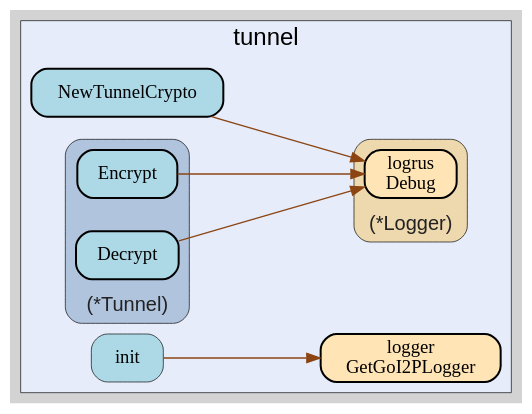
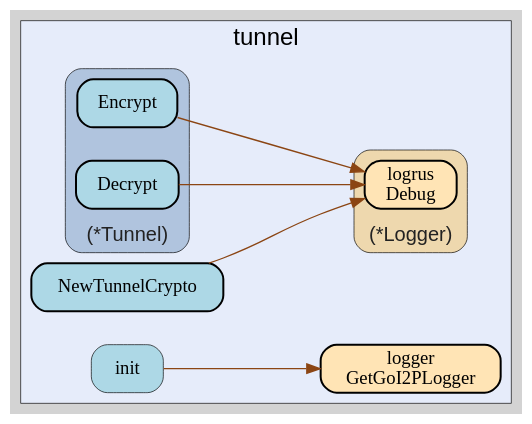
One commit to go-i2p/crypto changed the diagram in tunnel/tunnel.gv. Above: the diagram before and after it, drawn with Graphviz. The commit also changed 27 other files, not shown here.

```diff
--- a/tunnel/tunnel.gv
+++ b/tunnel/tunnel.gv
@@ -1,62 +1,62 @@
 digraph gocallvis {
     label="";
     labeljust="l";
     fontname="Arial";
     fontsize="14";
     rankdir="LR";
     bgcolor="lightgray";
     style="solid";
     penwidth="0.5";
     pad="0.0";
     nodesep="0.35";
 
     node [shape="box" style="filled,rounded" fillcolor="honeydew" fontname="Verdana" penwidth="1.0" margin="0.16,0.0"];
     edge [minlen="2"]
 
     subgraph "cluster_focus" {
-        bgcolor="#e6ecfa";
-label="tunnel";
+        label="tunnel";
 labelloc="t";
 labeljust="c";
 fontsize="18";
+bgcolor="#e6ecfa";
         
-        "github.com/go-i2p/crypto/tunnel.init" [ tooltip="github.com/go-i2p/crypto/tunnel.init | defined in .:0\nat constants.go:10: calling [github.com/go-i2p/logger.GetGoI2PLogger]" fillcolor="lightblue" label="init" penwidth="0.5" ]
-        "github.com/go-i2p/logger.GetGoI2PLogger" [ penwidth="1.5" tooltip="github.com/go-i2p/logger.GetGoI2PLogger | defined in log.go:120" fillcolor="moccasin" label="logger\nGetGoI2PLogger" ]
-        "github.com/go-i2p/crypto/tunnel.NewTunnelCrypto" [ fillcolor="lightblue" label="NewTunnelCrypto" penwidth="1.5" tooltip="github.com/go-i2p/crypto/tunnel.NewTunnelCrypto | defined in tunnel_struct.go:33\nat tunnel_struct.go:34: calling [(*github.com/sirupsen/logrus.Logger).Debug]\nat tunnel_struct.go:51: calling [(*github.com/sirupsen/logrus.Logger).Debug]" ]
+        "github.com/go-i2p/crypto/tunnel.NewTunnelCrypto" [ tooltip="github.com/go-i2p/crypto/tunnel.NewTunnelCrypto | defined in tunnel_struct.go:33\nat tunnel_struct.go:34: calling [(*github.com/sirupsen/logrus.Logger).Debug]\nat tunnel_struct.go:51: calling [(*github.com/sirupsen/logrus.Logger).Debug]" fillcolor="lightblue" label="NewTunnelCrypto" penwidth="1.5" ]
+        "github.com/go-i2p/crypto/tunnel.init" [ penwidth="0.5" tooltip="github.com/go-i2p/crypto/tunnel.init | defined in .:0\nat constants.go:10: calling [github.com/go-i2p/logger.GetGoI2PLogger]" fillcolor="lightblue" label="init" ]
+        "github.com/go-i2p/logger.GetGoI2PLogger" [ tooltip="github.com/go-i2p/logger.GetGoI2PLogger | defined in log.go:120" fillcolor="moccasin" label="logger\nGetGoI2PLogger" penwidth="1.5" ]
         
         subgraph "cluster_*github.com/go-i2p/crypto/tunnel.Tunnel" {
         penwidth="0.5";
+fillcolor="lightsteelblue";
 fontsize="15";
+fontcolor="#222222";
 labelloc="b";
 style="rounded,filled";
 label="(*Tunnel)";
 tooltip="type: *github.com/go-i2p/crypto/tunnel.Tunnel";
-fontcolor="#222222";
-fillcolor="lightsteelblue";
         
-        "(*github.com/go-i2p/crypto/tunnel.Tunnel).Decrypt" [ label="Decrypt" penwidth="1.5" tooltip="(*github.com/go-i2p/crypto/tunnel.Tunnel).Decrypt | defined in tunnel_struct.go:86\nat tunnel_struct.go:87: calling [(*github.com/sirupsen/logrus.Logger).Debug]\nat tunnel_struct.go:99: calling [(*github.com/sirupsen/logrus.Logger).Debug]" fillcolor="lightblue" ]
-        "(*github.com/go-i2p/crypto/tunnel.Tunnel).Encrypt" [ penwidth="1.5" tooltip="(*github.com/go-i2p/crypto/tunnel.Tunnel).Encrypt | defined in tunnel_struct.go:63\nat tunnel_struct.go:64: calling [(*github.com/sirupsen/logrus.Logger).Debug]\nat tunnel_struct.go:76: calling [(*github.com/sirupsen/logrus.Logger).Debug]" fillcolor="lightblue" label="Encrypt" ]
+        "(*github.com/go-i2p/crypto/tunnel.Tunnel).Decrypt" [ tooltip="(*github.com/go-i2p/crypto/tunnel.Tunnel).Decrypt | defined in tunnel_struct.go:86\nat tunnel_struct.go:87: calling [(*github.com/sirupsen/logrus.Logger).Debug]\nat tunnel_struct.go:99: calling [(*github.com/sirupsen/logrus.Logger).Debug]" fillcolor="lightblue" label="Decrypt" penwidth="1.5" ]
+        "(*github.com/go-i2p/crypto/tunnel.Tunnel).Encrypt" [ fillcolor="lightblue" label="Encrypt" penwidth="1.5" tooltip="(*github.com/go-i2p/crypto/tunnel.Tunnel).Encrypt | defined in tunnel_struct.go:63\nat tunnel_struct.go:64: calling [(*github.com/sirupsen/logrus.Logger).Debug]\nat tunnel_struct.go:76: calling [(*github.com/sirupsen/logrus.Logger).Debug]" ]
         
     }
 
         subgraph "cluster_*github.com/sirupsen/logrus.Logger" {
-        penwidth="0.5";
-fontsize="15";
-fontcolor="#222222";
+        fontcolor="#222222";
 labelloc="b";
 style="rounded,filled";
 fillcolor="wheat2";
 label="(*Logger)";
 tooltip="type: *github.com/sirupsen/logrus.Logger";
+penwidth="0.5";
+fontsize="15";
         
-        "(*github.com/sirupsen/logrus.Logger).Debug" [ fillcolor="moccasin" label="logrus\nDebug" penwidth="1.5" tooltip="(*github.com/sirupsen/logrus.Logger).Debug | defined in logger.go:221" ]
+        "(*github.com/sirupsen/logrus.Logger).Debug" [ penwidth="1.5" tooltip="(*github.com/sirupsen/logrus.Logger).Debug | defined in logger.go:221" fillcolor="moccasin" label="logrus\nDebug" ]
         
     }
 
     }
 
+    "github.com/go-i2p/crypto/tunnel.init" -> "github.com/go-i2p/logger.GetGoI2PLogger" [ color="saddlebrown" tooltip="at constants.go:10: calling [github.com/go-i2p/logger.GetGoI2PLogger]" ]
     "github.com/go-i2p/crypto/tunnel.NewTunnelCrypto" -> "(*github.com/sirupsen/logrus.Logger).Debug" [ color="saddlebrown" tooltip="at tunnel_struct.go:34: calling [(*github.com/sirupsen/logrus.Logger).Debug]\nat tunnel_struct.go:51: calling [(*github.com/sirupsen/logrus.Logger).Debug]" ]
-    "github.com/go-i2p/crypto/tunnel.init" -> "github.com/go-i2p/logger.GetGoI2PLogger" [ tooltip="at constants.go:10: calling [github.com/go-i2p/logger.GetGoI2PLogger]" color="saddlebrown" ]
     "(*github.com/go-i2p/crypto/tunnel.Tunnel).Decrypt" -> "(*github.com/sirupsen/logrus.Logger).Debug" [ color="saddlebrown" tooltip="at tunnel_struct.go:87: calling [(*github.com/sirupsen/logrus.Logger).Debug]\nat tunnel_struct.go:99: calling [(*github.com/sirupsen/logrus.Logger).Debug]" ]
     "(*github.com/go-i2p/crypto/tunnel.Tunnel).Encrypt" -> "(*github.com/sirupsen/logrus.Logger).Debug" [ color="saddlebrown" tooltip="at tunnel_struct.go:64: calling [(*github.com/sirupsen/logrus.Logger).Debug]\nat tunnel_struct.go:76: calling [(*github.com/sirupsen/logrus.Logger).Debug]" ]
 }
```
